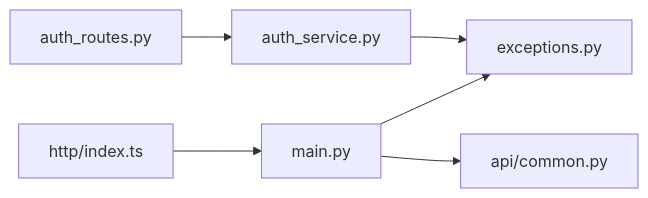
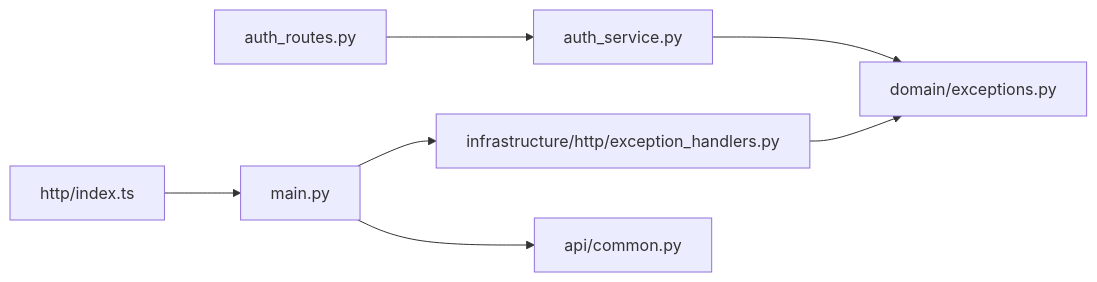
One commit to taoweidong/Hello-FastApi changed the seventh of 7 diagrams in .qoder/repowiki/zh/content/核心模块/异常处理.md. Above: the diagram before and after it, drawn with Mermaid. The commit also changed other lines of this file and 61 other files, not shown here.

````diff
--- a/.qoder/repowiki/zh/content/核心模块/异常处理.md
+++ b/.qoder/repowiki/zh/content/核心模块/异常处理.md
@@ -253,8 +301,9 @@
 ```mermaid
 graph LR
-AuthSvc["auth_service.py"] --> Ex["exceptions.py"]
+AuthSvc["auth_service.py"] --> DomainEx["domain/exceptions.py"]
 AuthRoutes["auth_routes.py"] --> AuthSvc
-Main["main.py"] --> Ex
+Main["main.py"] --> Handler["infrastructure/http/exception_handlers.py"]
+Handler --> DomainEx
 Main --> Common["api/common.py"]
 Axios["http/index.ts"] --> Main
 ```
````
